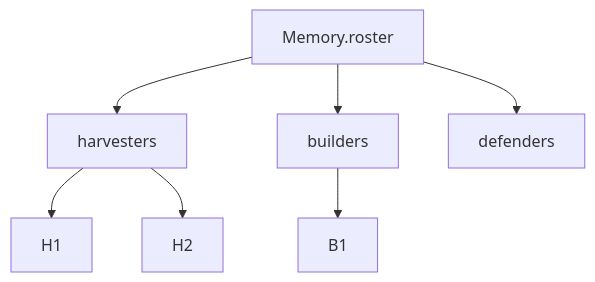
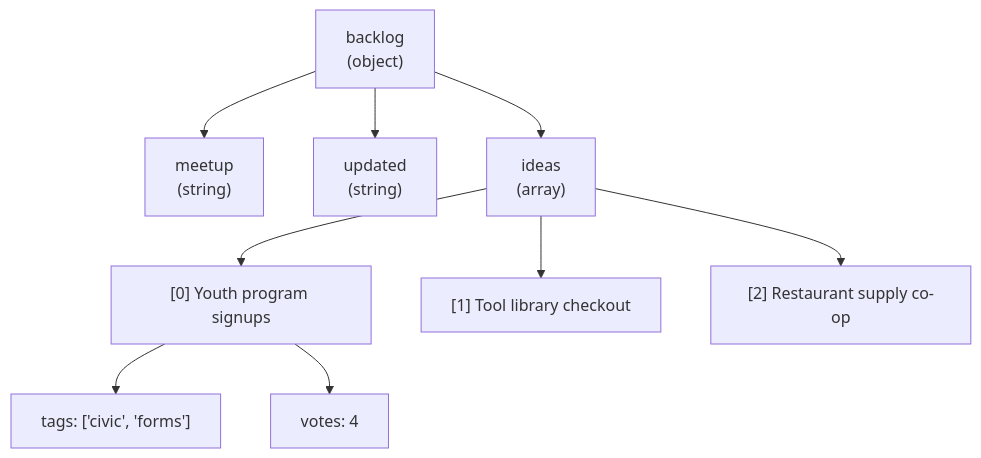
The diagram in apps/marketplace/content/tutorials/intro-to-javascript-for-beginners/05-objects-arrays-and-data-shapes.md (AutoNateAI/roblox-gamelab-2), drawn with Mermaid before and after one commit. The commit also changed other lines of this file and 130 other files, not shown here.

````diff
--- a/apps/marketplace/content/tutorials/intro-to-javascript-for-beginners/05-objects-arrays-and-data-shapes.md
+++ b/apps/marketplace/content/tutorials/intro-to-javascript-for-beginners/05-objects-arrays-and-data-shapes.md
@@ -54,9 +35,11 @@
 ```mermaid
 flowchart TD
-  M["Memory.roster"] --> H["harvesters"]
-  M --> B["builders"]
-  M --> D["defenders"]
-  H --> H1["H1"]
-  H --> H2["H2"]
-  B --> B1["B1"]
+  B["backlog<br/>(object)"] --> M["meetup<br/>(string)"]
+  B --> U["updated<br/>(string)"]
+  B --> I["ideas<br/>(array)"]
+  I --> I0["[0] Youth program signups"]
+  I --> I1["[1] Tool library checkout"]
+  I --> I2["[2] Restaurant supply co-op"]
+  I0 --> T0["tags: ['civic', 'forms']"]
+  I0 --> V0["votes: 4"]
 ```
````
